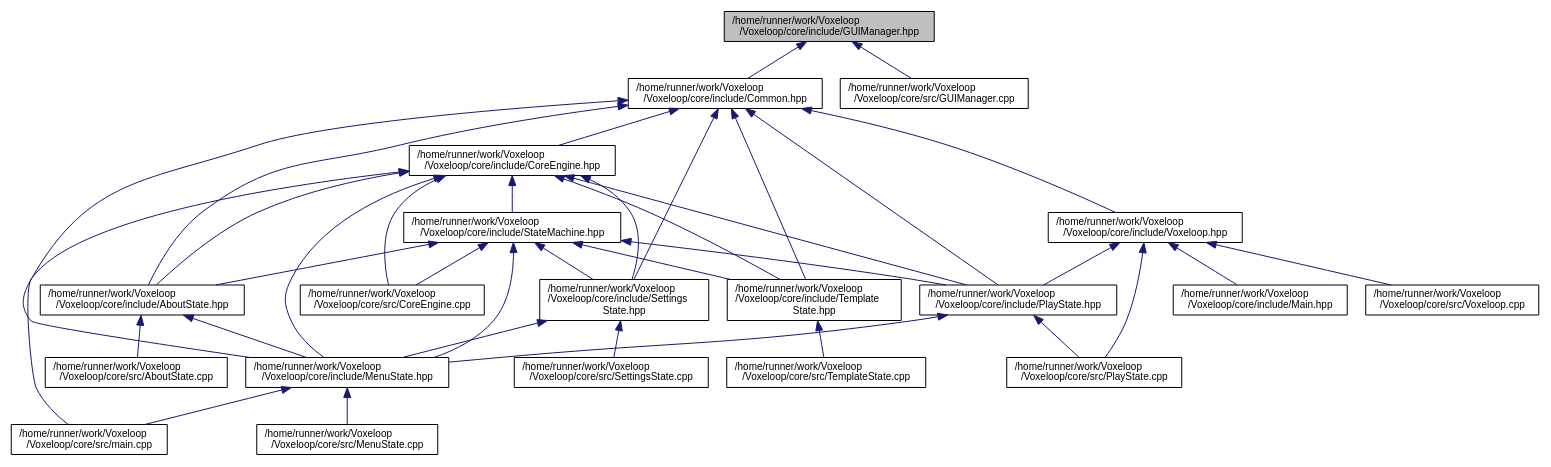
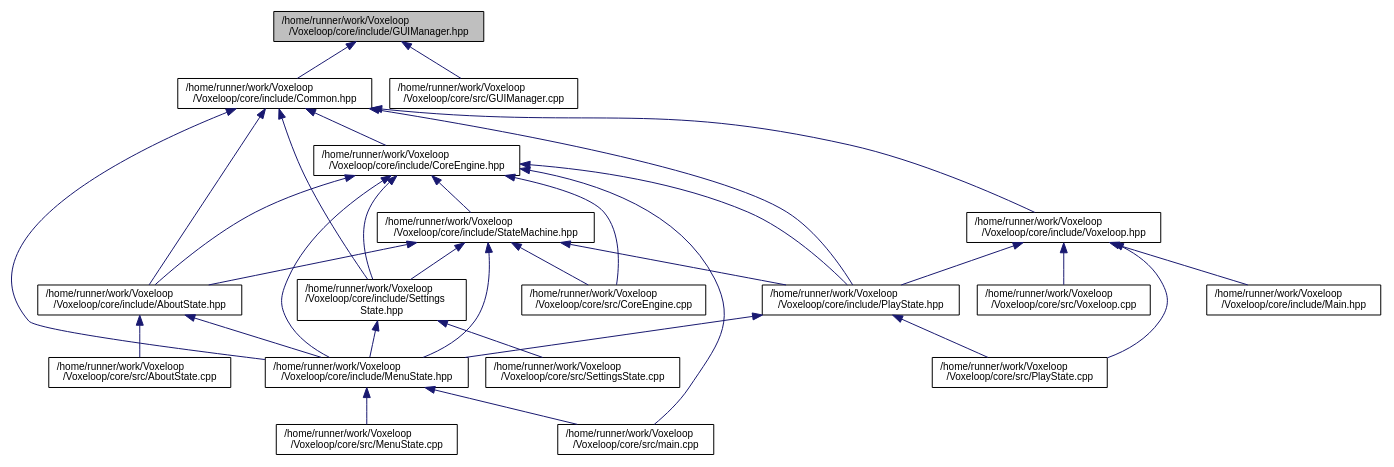
The diagram in docs/GUIManager_8hpp__dep__incl.dot (jarp0l/Voxeloop), drawn with Graphviz before and after one commit. The commit also changed 127 other files, not shown here.

```diff
--- a/docs/GUIManager_8hpp__dep__incl.dot
+++ b/docs/GUIManager_8hpp__dep__incl.dot
@@ -1,63 +1,57 @@
 digraph "/home/runner/work/Voxeloop/Voxeloop/core/include/GUIManager.hpp"
 {
  // INTERACTIVE_SVG=YES
  // LATEX_PDF_SIZE
   edge [fontname="Helvetica",fontsize="10",labelfontname="Helvetica",labelfontsize="10"];
   node [fontname="Helvetica",fontsize="10",shape=record];
   Node1 [label="/home/runner/work/Voxeloop\l/Voxeloop/core/include/GUIManager.hpp",height=0.2,width=0.4,color="black", fillcolor="grey75", style="filled", fontcolor="black",tooltip=" "];
   Node1 -> Node2 [dir="back",color="midnightblue",fontsize="10",style="solid",fontname="Helvetica"];
   Node2 [label="/home/runner/work/Voxeloop\l/Voxeloop/core/include/Common.hpp",height=0.2,width=0.4,color="black", fillcolor="white", style="filled",URL="$Common_8hpp.html",tooltip=" "];
   Node2 -> Node3 [dir="back",color="midnightblue",fontsize="10",style="solid",fontname="Helvetica"];
   Node3 [label="/home/runner/work/Voxeloop\l/Voxeloop/core/include/AboutState.hpp",height=0.2,width=0.4,color="black", fillcolor="white", style="filled",URL="$AboutState_8hpp.html",tooltip=" "];
   Node3 -> Node4 [dir="back",color="midnightblue",fontsize="10",style="solid",fontname="Helvetica"];
   Node4 [label="/home/runner/work/Voxeloop\l/Voxeloop/core/include/MenuState.hpp",height=0.2,width=0.4,color="black", fillcolor="white", style="filled",URL="$MenuState_8hpp.html",tooltip=" "];
   Node4 -> Node5 [dir="back",color="midnightblue",fontsize="10",style="solid",fontname="Helvetica"];
   Node5 [label="/home/runner/work/Voxeloop\l/Voxeloop/core/src/main.cpp",height=0.2,width=0.4,color="black", fillcolor="white", style="filled",URL="$main_8cpp.html",tooltip=" "];
   Node4 -> Node6 [dir="back",color="midnightblue",fontsize="10",style="solid",fontname="Helvetica"];
   Node6 [label="/home/runner/work/Voxeloop\l/Voxeloop/core/src/MenuState.cpp",height=0.2,width=0.4,color="black", fillcolor="white", style="filled",URL="$MenuState_8cpp.html",tooltip=" "];
   Node3 -> Node7 [dir="back",color="midnightblue",fontsize="10",style="solid",fontname="Helvetica"];
   Node7 [label="/home/runner/work/Voxeloop\l/Voxeloop/core/src/AboutState.cpp",height=0.2,width=0.4,color="black", fillcolor="white", style="filled",URL="$AboutState_8cpp.html",tooltip=" "];
   Node2 -> Node8 [dir="back",color="midnightblue",fontsize="10",style="solid",fontname="Helvetica"];
   Node8 [label="/home/runner/work/Voxeloop\l/Voxeloop/core/include/CoreEngine.hpp",height=0.2,width=0.4,color="black", fillcolor="white", style="filled",URL="$CoreEngine_8hpp.html",tooltip=" "];
   Node8 -> Node3 [dir="back",color="midnightblue",fontsize="10",style="solid",fontname="Helvetica"];
   Node8 -> Node9 [dir="back",color="midnightblue",fontsize="10",style="solid",fontname="Helvetica"];
   Node9 [label="/home/runner/work/Voxeloop\l/Voxeloop/core/include/StateMachine.hpp",height=0.2,width=0.4,color="black", fillcolor="white", style="filled",URL="$StateMachine_8hpp.html",tooltip=" "];
   Node9 -> Node3 [dir="back",color="midnightblue",fontsize="10",style="solid",fontname="Helvetica"];
   Node9 -> Node10 [dir="back",color="midnightblue",fontsize="10",style="solid",fontname="Helvetica"];
   Node10 [label="/home/runner/work/Voxeloop\l/Voxeloop/core/include/PlayState.hpp",height=0.2,width=0.4,color="black", fillcolor="white", style="filled",URL="$PlayState_8hpp.html",tooltip=" "];
   Node10 -> Node4 [dir="back",color="midnightblue",fontsize="10",style="solid",fontname="Helvetica"];
   Node10 -> Node11 [dir="back",color="midnightblue",fontsize="10",style="solid",fontname="Helvetica"];
   Node11 [label="/home/runner/work/Voxeloop\l/Voxeloop/core/src/PlayState.cpp",height=0.2,width=0.4,color="black", fillcolor="white", style="filled",URL="$PlayState_8cpp.html",tooltip=" "];
   Node9 -> Node12 [dir="back",color="midnightblue",fontsize="10",style="solid",fontname="Helvetica"];
   Node12 [label="/home/runner/work/Voxeloop\l/Voxeloop/core/include/Settings\lState.hpp",height=0.2,width=0.4,color="black", fillcolor="white", style="filled",URL="$SettingsState_8hpp.html",tooltip=" "];
   Node12 -> Node4 [dir="back",color="midnightblue",fontsize="10",style="solid",fontname="Helvetica"];
   Node12 -> Node13 [dir="back",color="midnightblue",fontsize="10",style="solid",fontname="Helvetica"];
   Node13 [label="/home/runner/work/Voxeloop\l/Voxeloop/core/src/SettingsState.cpp",height=0.2,width=0.4,color="black", fillcolor="white", style="filled",URL="$SettingsState_8cpp.html",tooltip=" "];
   Node9 -> Node4 [dir="back",color="midnightblue",fontsize="10",style="solid",fontname="Helvetica"];
   Node9 -> Node14 [dir="back",color="midnightblue",fontsize="10",style="solid",fontname="Helvetica"];
-  Node14 [label="/home/runner/work/Voxeloop\l/Voxeloop/core/include/Template\lState.hpp",height=0.2,width=0.4,color="black", fillcolor="white", style="filled",URL="$TemplateState_8hpp.html",tooltip=" "];
-  Node14 -> Node15 [dir="back",color="midnightblue",fontsize="10",style="solid",fontname="Helvetica"];
-  Node15 [label="/home/runner/work/Voxeloop\l/Voxeloop/core/src/TemplateState.cpp",height=0.2,width=0.4,color="black", fillcolor="white", style="filled",URL="$TemplateState_8cpp.html",tooltip=" "];
-  Node9 -> Node16 [dir="back",color="midnightblue",fontsize="10",style="solid",fontname="Helvetica"];
-  Node16 [label="/home/runner/work/Voxeloop\l/Voxeloop/core/src/CoreEngine.cpp",height=0.2,width=0.4,color="black", fillcolor="white", style="filled",URL="$CoreEngine_8cpp.html",tooltip=" "];
+  Node14 [label="/home/runner/work/Voxeloop\l/Voxeloop/core/src/CoreEngine.cpp",height=0.2,width=0.4,color="black", fillcolor="white", style="filled",URL="$CoreEngine_8cpp.html",tooltip=" "];
   Node8 -> Node4 [dir="back",color="midnightblue",fontsize="10",style="solid",fontname="Helvetica"];
   Node8 -> Node10 [dir="back",color="midnightblue",fontsize="10",style="solid",fontname="Helvetica"];
   Node8 -> Node12 [dir="back",color="midnightblue",fontsize="10",style="solid",fontname="Helvetica"];
   Node8 -> Node14 [dir="back",color="midnightblue",fontsize="10",style="solid",fontname="Helvetica"];
-  Node8 -> Node16 [dir="back",color="midnightblue",fontsize="10",style="solid",fontname="Helvetica"];
   Node8 -> Node5 [dir="back",color="midnightblue",fontsize="10",style="solid",fontname="Helvetica"];
-  Node2 -> Node17 [dir="back",color="midnightblue",fontsize="10",style="solid",fontname="Helvetica"];
-  Node17 [label="/home/runner/work/Voxeloop\l/Voxeloop/core/include/Voxeloop.hpp",height=0.2,width=0.4,color="black", fillcolor="white", style="filled",URL="$Voxeloop_8hpp.html",tooltip=" "];
-  Node17 -> Node18 [dir="back",color="midnightblue",fontsize="10",style="solid",fontname="Helvetica"];
-  Node18 [label="/home/runner/work/Voxeloop\l/Voxeloop/core/include/Main.hpp",height=0.2,width=0.4,color="black", fillcolor="white", style="filled",URL="$Main_8hpp.html",tooltip=" "];
-  Node17 -> Node10 [dir="back",color="midnightblue",fontsize="10",style="solid",fontname="Helvetica"];
-  Node17 -> Node11 [dir="back",color="midnightblue",fontsize="10",style="solid",fontname="Helvetica"];
-  Node17 -> Node19 [dir="back",color="midnightblue",fontsize="10",style="solid",fontname="Helvetica"];
-  Node19 [label="/home/runner/work/Voxeloop\l/Voxeloop/core/src/Voxeloop.cpp",height=0.2,width=0.4,color="black", fillcolor="white", style="filled",URL="$Voxeloop_8cpp.html",tooltip=" "];
+  Node2 -> Node15 [dir="back",color="midnightblue",fontsize="10",style="solid",fontname="Helvetica"];
+  Node15 [label="/home/runner/work/Voxeloop\l/Voxeloop/core/include/Voxeloop.hpp",height=0.2,width=0.4,color="black", fillcolor="white", style="filled",URL="$Voxeloop_8hpp.html",tooltip=" "];
+  Node15 -> Node16 [dir="back",color="midnightblue",fontsize="10",style="solid",fontname="Helvetica"];
+  Node16 [label="/home/runner/work/Voxeloop\l/Voxeloop/core/include/Main.hpp",height=0.2,width=0.4,color="black", fillcolor="white", style="filled",URL="$Main_8hpp.html",tooltip=" "];
+  Node15 -> Node10 [dir="back",color="midnightblue",fontsize="10",style="solid",fontname="Helvetica"];
+  Node15 -> Node11 [dir="back",color="midnightblue",fontsize="10",style="solid",fontname="Helvetica"];
+  Node15 -> Node17 [dir="back",color="midnightblue",fontsize="10",style="solid",fontname="Helvetica"];
+  Node17 [label="/home/runner/work/Voxeloop\l/Voxeloop/core/src/Voxeloop.cpp",height=0.2,width=0.4,color="black", fillcolor="white", style="filled",URL="$Voxeloop_8cpp.html",tooltip=" "];
   Node2 -> Node4 [dir="back",color="midnightblue",fontsize="10",style="solid",fontname="Helvetica"];
   Node2 -> Node10 [dir="back",color="midnightblue",fontsize="10",style="solid",fontname="Helvetica"];
   Node2 -> Node12 [dir="back",color="midnightblue",fontsize="10",style="solid",fontname="Helvetica"];
-  Node2 -> Node14 [dir="back",color="midnightblue",fontsize="10",style="solid",fontname="Helvetica"];
-  Node1 -> Node20 [dir="back",color="midnightblue",fontsize="10",style="solid",fontname="Helvetica"];
-  Node20 [label="/home/runner/work/Voxeloop\l/Voxeloop/core/src/GUIManager.cpp",height=0.2,width=0.4,color="black", fillcolor="white", style="filled",URL="$GUIManager_8cpp.html",tooltip=" "];
+  Node1 -> Node18 [dir="back",color="midnightblue",fontsize="10",style="solid",fontname="Helvetica"];
+  Node18 [label="/home/runner/work/Voxeloop\l/Voxeloop/core/src/GUIManager.cpp",height=0.2,width=0.4,color="black", fillcolor="white", style="filled",URL="$GUIManager_8cpp.html",tooltip=" "];
 }
```
